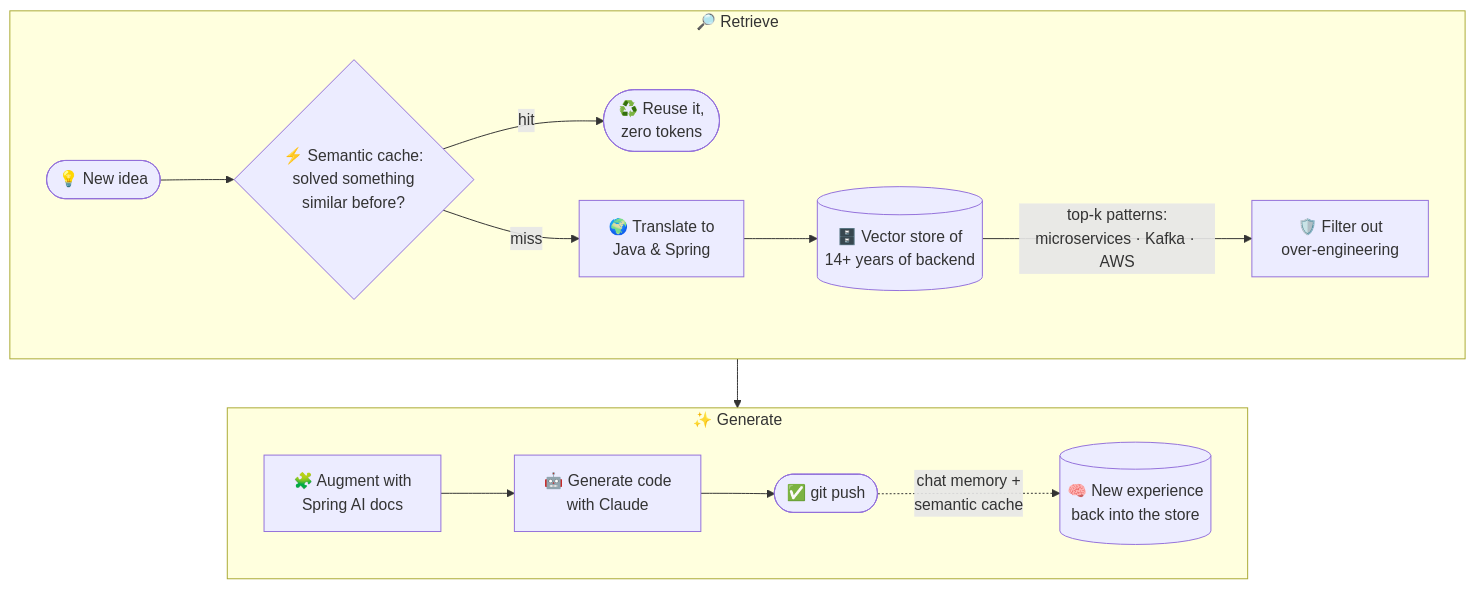
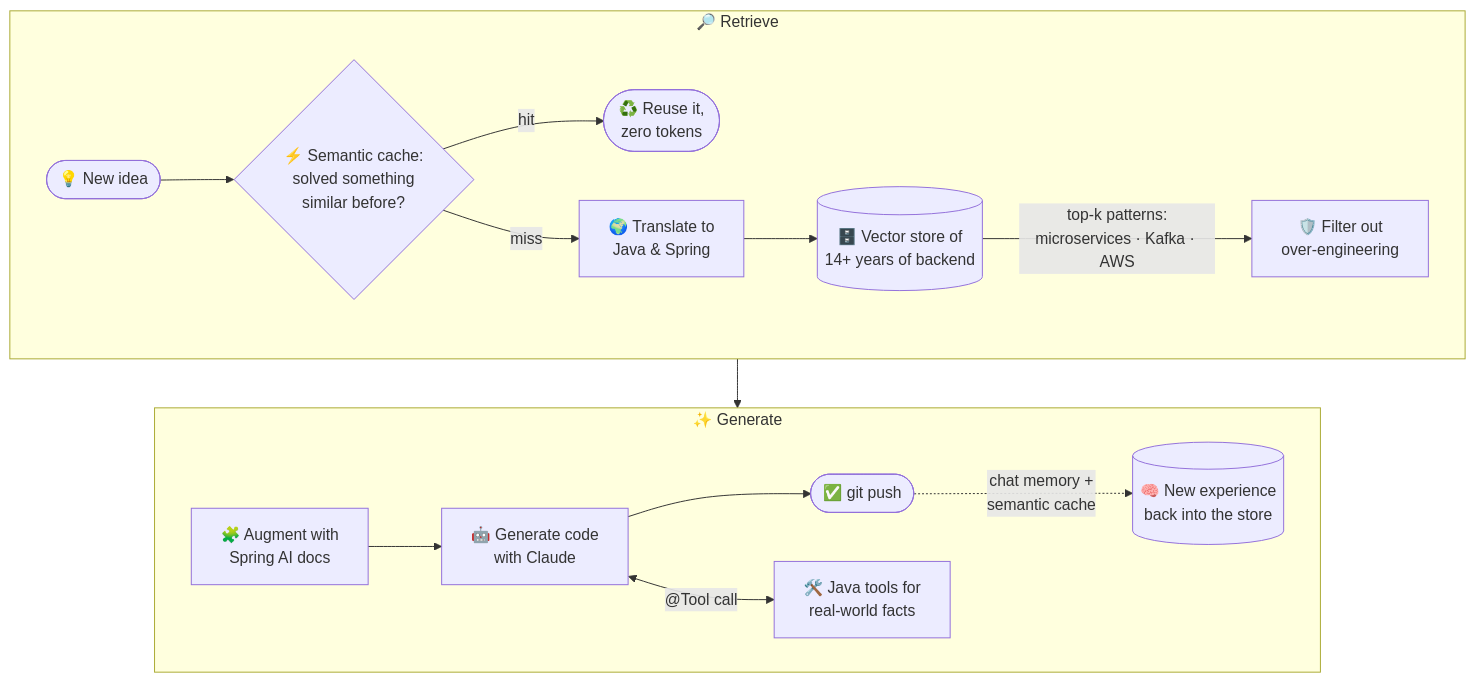
One commit to souissimehdi/souissimehdi changed the diagram in README.md. Above: the diagram before and after it, drawn with Mermaid. The commit also changed other lines of this file, not shown here.

Commit message:
Add tool calling, helpdesk assistant and the MCP client to the profile README

````diff
--- a/README.md
+++ b/README.md
@@ -50,14 +51,15 @@
 ```mermaid
 flowchart TB
     subgraph S1 ["🔎 Retrieve"]
         direction LR
         Q([💡 New idea]) --> K{⚡ Semantic cache:<br/>solved something<br/>similar before?}
         K -->|hit| H([♻️ Reuse it,<br/>zero tokens])
         K -->|miss| T[🌍 Translate to<br/>Java & Spring] --> R[(🗄️ Vector store of<br/>14+ years of backend)] -->|top-k patterns:<br/>microservices · Kafka · AWS| P[🛡️ Filter out<br/>over-engineering]
     end
     subgraph S2 ["✨ Generate"]
         direction LR
         A[🧩 Augment with<br/>Spring AI docs] --> G[🤖 Generate code<br/>with Claude] --> C([✅ git push]) -. chat memory +<br/>semantic cache .-> M[(🧠 New experience<br/>back into the store)]
+        G <-->|"@Tool call"| X[🛠️ Java tools for<br/>real-world facts]
     end
     S1 --> S2
 ```
````
